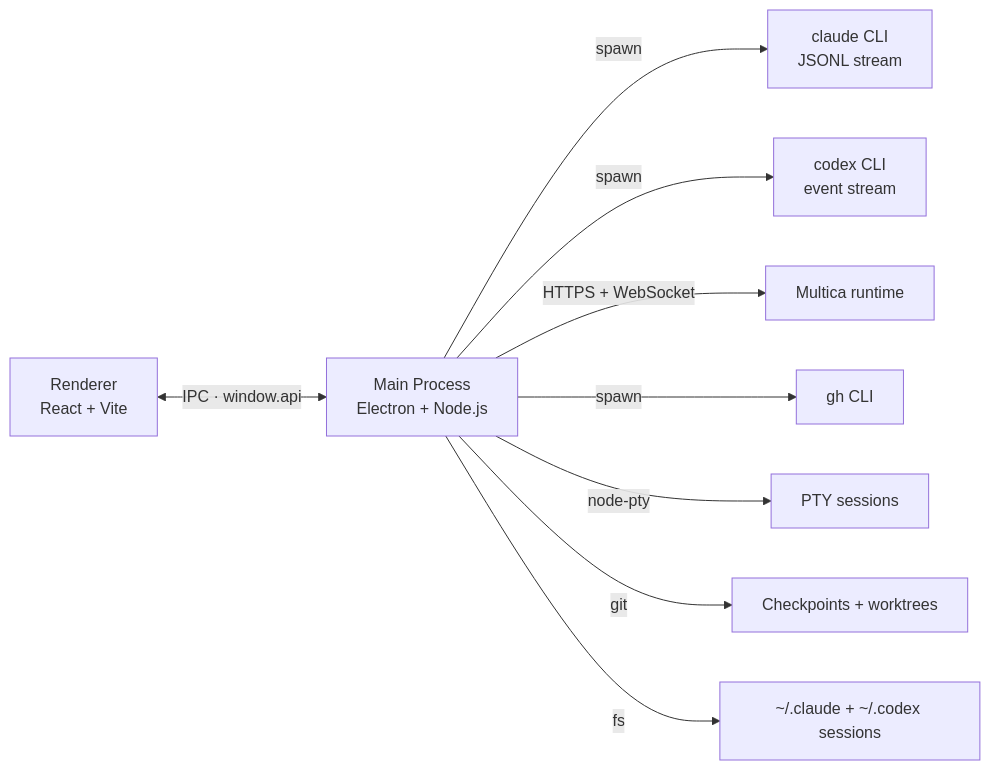
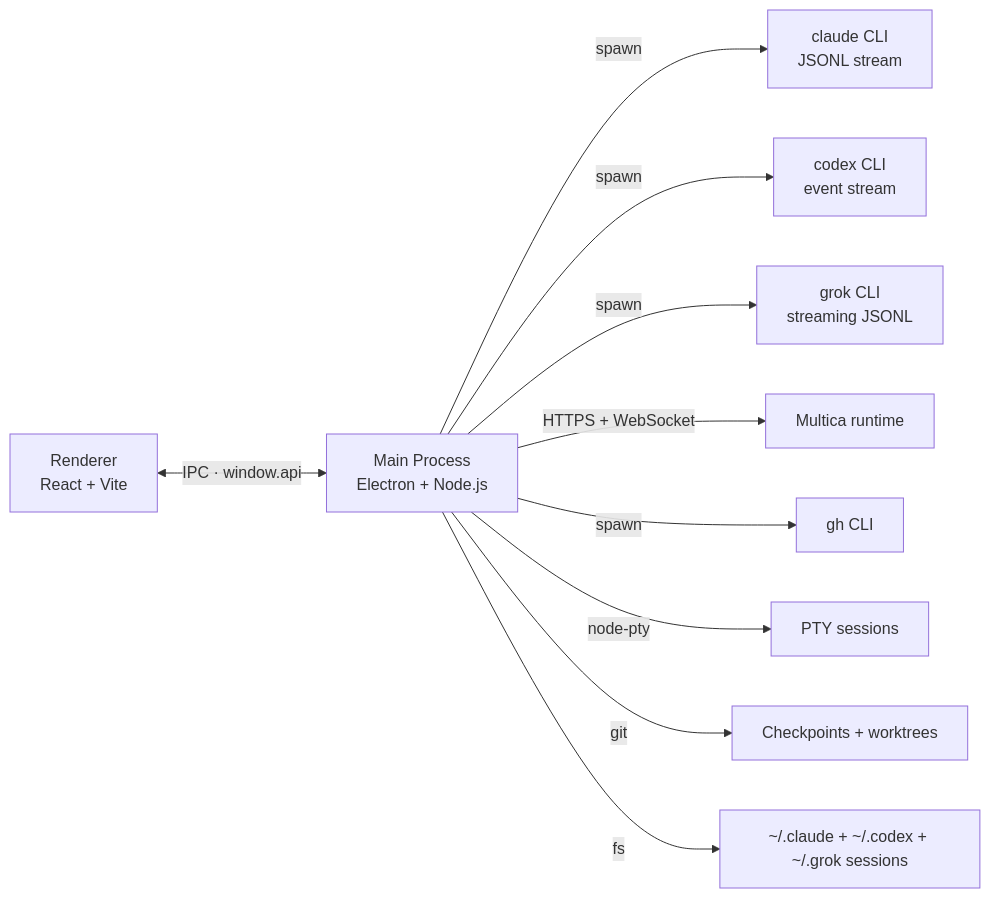
Before and after one commit to EnSue-Laboratories/RAYLINE: the diagram in README.md, drawn with Mermaid. The commit also changed other lines of this file and 11 other files, not shown here.

````diff
--- a/README.md
+++ b/README.md
@@ -89,11 +90,12 @@
 ```mermaid
 flowchart LR
   R["Renderer<br/>React + Vite"] <-- "IPC · window.api" --> M["Main Process<br/>Electron + Node.js"]
   M -- "spawn" --> C["claude CLI<br/>JSONL stream"]
   M -- "spawn" --> X["codex CLI<br/>event stream"]
+  M -- "spawn" --> GR["grok CLI<br/>streaming JSONL"]
   M -- "HTTPS + WebSocket" --> U["Multica runtime"]
   M -- "spawn" --> G["gh CLI"]
   M -- "node-pty" --> T["PTY sessions"]
   M -- "git" --> K["Checkpoints + worktrees"]
-  M -- "fs" --> S["~/.claude + ~/.codex sessions"]
+  M -- "fs" --> S["~/.claude + ~/.codex + ~/.grok sessions"]
 ```
````
